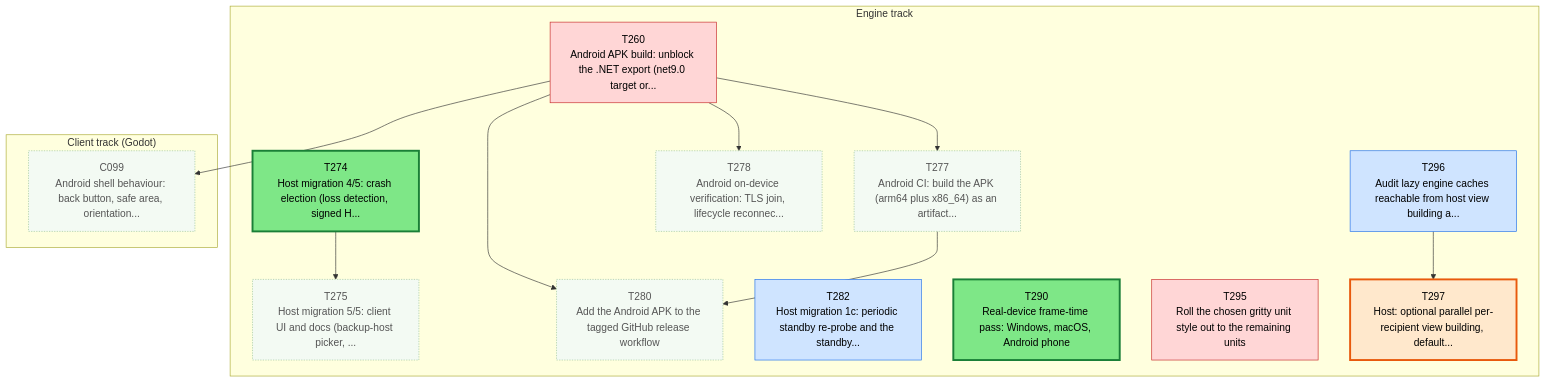
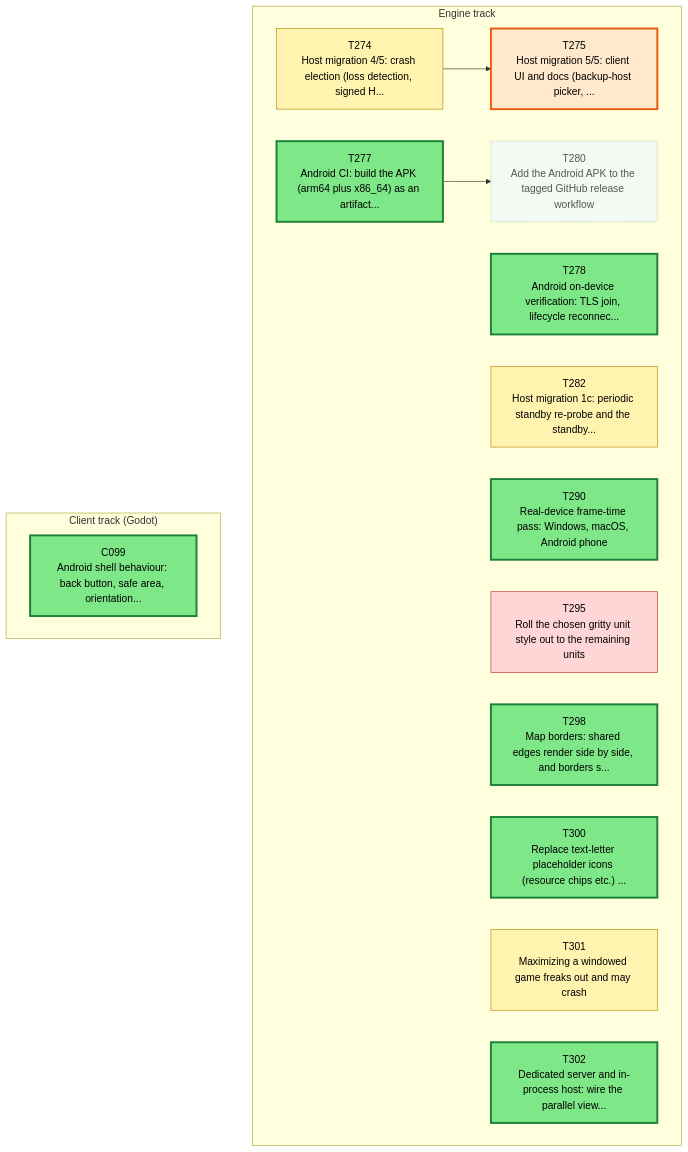
One commit to Kenmura/Unciv changed the first of 3 diagrams in csharp/migration/DEPENDENCY_MAP.md. Above: the diagram before and after it, drawn with Mermaid. The commit also changed other lines of this file and 1 other file, not shown here.

````diff
--- a/csharp/migration/DEPENDENCY_MAP.md
+++ b/csharp/migration/DEPENDENCY_MAP.md
@@ -35,45 +35,42 @@
 ```mermaid
 flowchart TD
   subgraph TTRACK["Engine track"]
-    T260["T260<br/>Android APK build: unblock the .NET export (net9.0 target or..."]
     T274["T274<br/>Host migration 4/5: crash election (loss detection, signed H..."]
     T275["T275<br/>Host migration 5/5: client UI and docs (backup-host picker, ..."]
     T277["T277<br/>Android CI: build the APK (arm64 plus x86_64) as an artifact..."]
     T278["T278<br/>Android on-device verification: TLS join, lifecycle reconnec..."]
     T280["T280<br/>Add the Android APK to the tagged GitHub release workflow"]
     T282["T282<br/>Host migration 1c: periodic standby re-probe and the standby..."]
     T290["T290<br/>Real-device frame-time pass: Windows, macOS, Android phone"]
     T295["T295<br/>Roll the chosen gritty unit style out to the remaining units"]
-    T296["T296<br/>Audit lazy engine caches reachable from host view building a..."]
-    T297["T297<br/>Host: optional parallel per-recipient view building, default..."]
+    T298["T298<br/>Map borders: shared edges render side by side, and borders s..."]
+    T300["T300<br/>Replace text-letter placeholder icons (resource chips etc.) ..."]
+    T301["T301<br/>Maximizing a windowed game freaks out and may crash"]
+    T302["T302<br/>Dedicated server and in-process host: wire the parallel view..."]
   end
   subgraph CTRACK["Client track (Godot)"]
     C099["C099<br/>Android shell behaviour: back button, safe area, orientation..."]
   end
   T274 --> T275
-  T260 --> T277
-  T260 --> T278
-  T260 --> T280
   T277 --> T280
-  T296 --> T297
-  T260 --> C099
   classDef waiting fill:#f3faf3,stroke:#9bc49b,color:#555,stroke-dasharray:2 2
   classDef ondeck fill:#ffe8cc,stroke:#e8590c,stroke-width:3px,color:#000
   classDef ready fill:#7ee787,stroke:#1a7f37,stroke-width:3px,color:#000
   classDef prog fill:#fff3b0,stroke:#b58900,color:#000
   classDef review fill:#cfe4ff,stroke:#1f6feb,color:#000
   classDef blocked fill:#ffd6d6,stroke:#c62828,color:#000
   classDef done fill:#eeeeee,stroke:#999999,color:#666,stroke-dasharray:4 3
-  class C099 waiting
-  class T260 blocked
-  class T274 ready
-  class T275 waiting
-  class T277 waiting
-  class T278 waiting
+  class C099 ready
+  class T274 prog
+  class T275 ondeck
+  class T277 ready
+  class T278 ready
   class T280 waiting
-  class T282 review
+  class T282 prog
   class T290 ready
   class T295 blocked
-  class T296 review
-  class T297 ondeck
+  class T298 ready
+  class T300 ready
+  class T301 prog
+  class T302 ready
 ```
````
